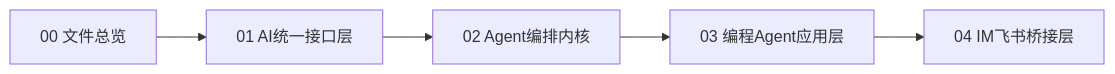
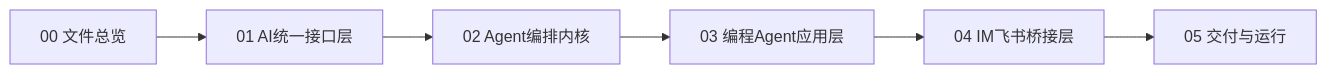
One commit to kyletser/LiaoClaw changed the second of 2 diagrams in docs/00_文件总览.md. Above: the diagram before and after it, drawn with Mermaid. The commit also changed other lines of this file and 8 other files, not shown here.

````diff
--- a/docs/00_文件总览.md
+++ b/docs/00_文件总览.md
@@ -73,7 +73,8 @@
 ```mermaid
 flowchart LR
     A[00 文件总览] --> B[01 AI统一接口层]
     B --> C[02 Agent编排内核]
     C --> D[03 编程Agent应用层]
     D --> E[04 IM飞书桥接层]
+    E --> F[05 交付与运行]
 ```
````
